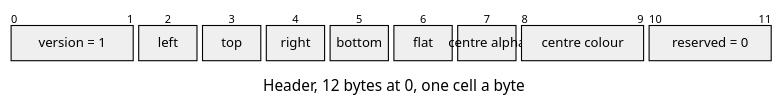
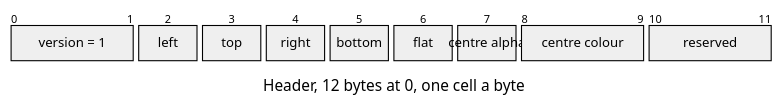
One commit to jose-villegas/autana changed the diagram in docs/assets/formats/SPRT.md. Above: the diagram before and after it, drawn with Mermaid. The commit also changed 2 other files, not shown here.

Commit message:
draw_sprite: split the blit under the complexity gate; format diagrams filled by role

````diff
--- a/docs/assets/formats/SPRT.md
+++ b/docs/assets/formats/SPRT.md
@@ -5,20 +5,20 @@
 ```mermaid
 ---
 config:
-  themeCSS: "g:nth-of-type(2) rect:nth-of-type(1) { fill: #8fb3ee !important; } g:nth-of-type(2) rect:nth-of-type(2) { fill: #c7aaee !important; } g:nth-of-type(2) rect:nth-of-type(3) { fill: #c7aaee !important; } g:nth-of-type(2) rect:nth-of-type(4) { fill: #c7aaee !important; } g:nth-of-type(2) rect:nth-of-type(5) { fill: #c7aaee !important; } g:nth-of-type(2) rect:nth-of-type(6) { fill: #e3e3e3 !important; } g:nth-of-type(2) rect:nth-of-type(7) { fill: #e3e3e3 !important; } g:nth-of-type(2) rect:nth-of-type(8) { fill: #e3e3e3 !important; } g:nth-of-type(2) rect:nth-of-type(9) { fill: #f4a885 !important; } .packetLabel { fill: #1b1b1b !important; }"
+  themeCSS: "g:nth-of-type(2) rect:nth-of-type(1) { fill: #8fb3ee !important; } g:nth-of-type(2) rect:nth-of-type(2) { fill: #e3e3e3 !important; } g:nth-of-type(2) rect:nth-of-type(3) { fill: #e3e3e3 !important; } g:nth-of-type(2) rect:nth-of-type(4) { fill: #e3e3e3 !important; } g:nth-of-type(2) rect:nth-of-type(5) { fill: #e3e3e3 !important; } g:nth-of-type(2) rect:nth-of-type(6) { fill: #e3e3e3 !important; } g:nth-of-type(2) rect:nth-of-type(7) { fill: #e3e3e3 !important; } g:nth-of-type(2) rect:nth-of-type(8) { fill: #e3e3e3 !important; } g:nth-of-type(2) rect:nth-of-type(9) { fill: #ffffff !important; stroke-dasharray: 4 3 !important; } .packetLabel { fill: #1b1b1b !important; }"
   packet:
     bitsPerRow: 12
     bitWidth: 58
 ---
 packet-beta
 title Header, 12 bytes at 0, one cell a byte
 0-1: "version = 1"
 2: "left"
 3: "top"
 4: "right"
 5: "bottom"
 6: "flat"
 7: "centre alpha"
 8-9: "centre colour"
-10-11: "reserved = 0"
+10-11: "reserved"
 ```
````
